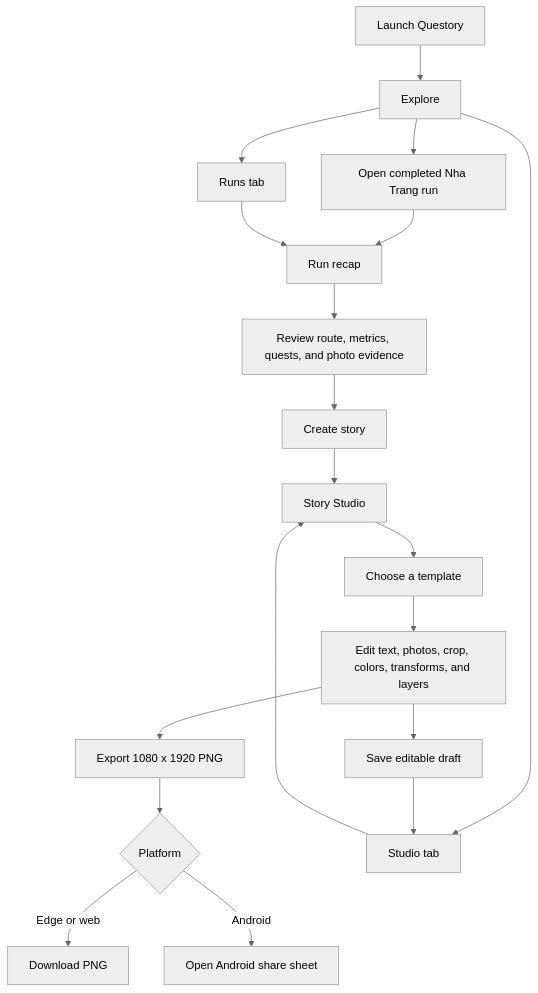
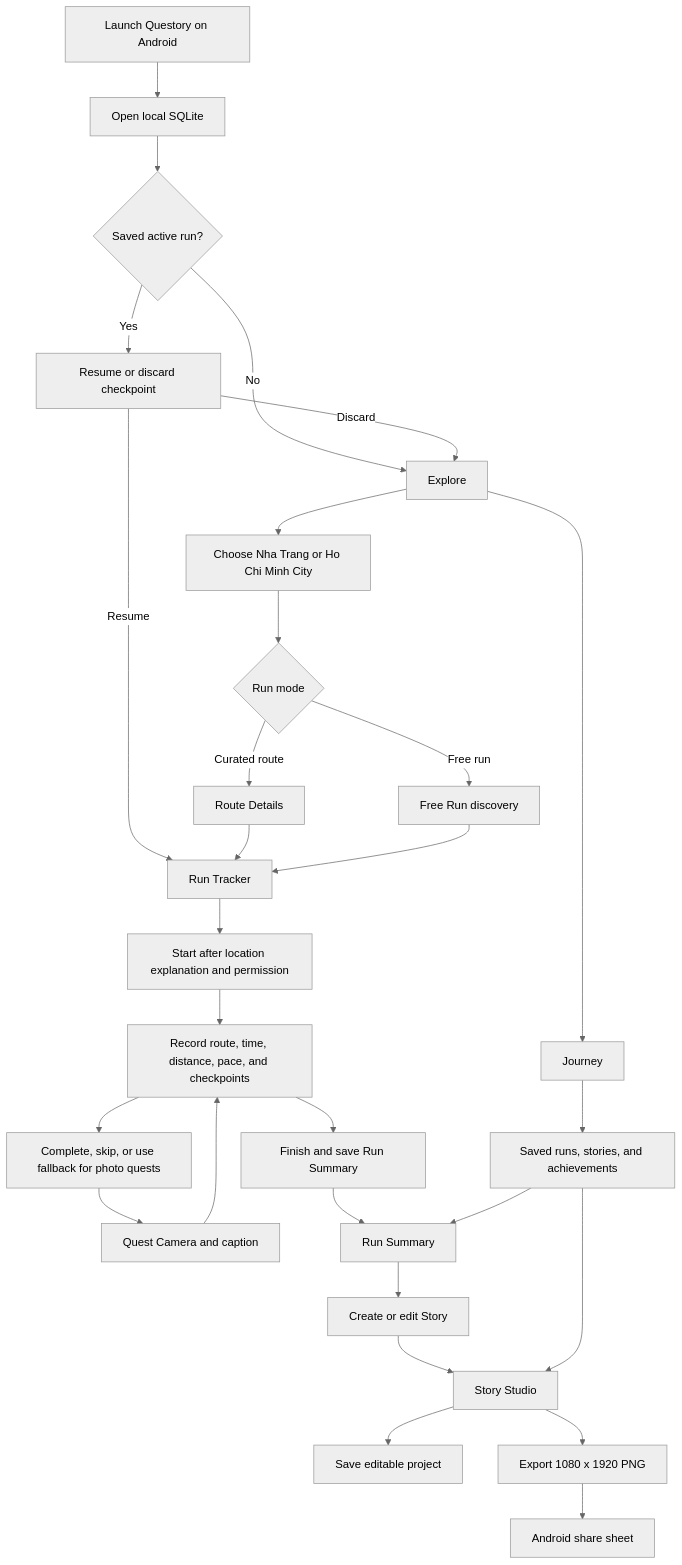
The diagram in docs/USER_FLOW.md (nguyendinhthienloc/Questory), drawn with Mermaid (neutral theme) before and after one commit. The commit also changed other lines of this file and 66 other files, not shown here.

````diff
--- a/docs/USER_FLOW.md
+++ b/docs/USER_FLOW.md
@@ -7,21 +7,31 @@
 ```mermaid
 flowchart TD
-    A[Launch Questory] --> B[Explore]
-    B --> C[Open completed Nha Trang run]
-    C --> D[Run recap]
-    D --> E[Review route, metrics, quests, and photo evidence]
-    E --> F[Create story]
-    F --> G[Story Studio]
-    G --> H[Choose a template]
-    H --> I[Edit text, photos, crop, colors, transforms, and layers]
-    I --> J[Save editable draft]
-    I --> K[Export 1080 x 1920 PNG]
-    K --> L{Platform}
-    L -->|Edge or web| M[Download PNG]
-    L -->|Android| N[Open Android share sheet]
-    B --> O[Studio tab]
-    O --> G
-    B --> P[Runs tab]
-    P --> D
-    J --> O
+    A[Launch Questory on Android] --> B[Open local SQLite]
+    B --> C{Saved active run?}
+    C -->|Yes| D[Resume or discard checkpoint]
+    C -->|No| E[Explore]
+    D -->|Resume| H[Run Tracker]
+    D -->|Discard| E
+    E --> F[Choose Nha Trang or Ho Chi Minh City]
+    F --> G{Run mode}
+    G -->|Curated route| I[Route Details]
+    G -->|Free run| J[Free Run discovery]
+    I --> H
+    J --> H
+    H --> K[Start after location explanation and permission]
+    K --> L[Record route, time, distance, pace, and checkpoints]
+    L --> M[Complete, skip, or use fallback for photo quests]
+    M --> N[Quest Camera and caption]
+    N --> L
+    L --> O[Finish and save Run Summary]
+    O --> P[Run Summary]
+    P --> Q[Create or edit Story]
+    Q --> R[Story Studio]
+    R --> S[Save editable project]
+    R --> T[Export 1080 x 1920 PNG]
+    T --> U[Android share sheet]
+    E --> V[Journey]
+    V --> W[Saved runs, stories, and achievements]
+    W --> P
+    W --> R
 ```
````
